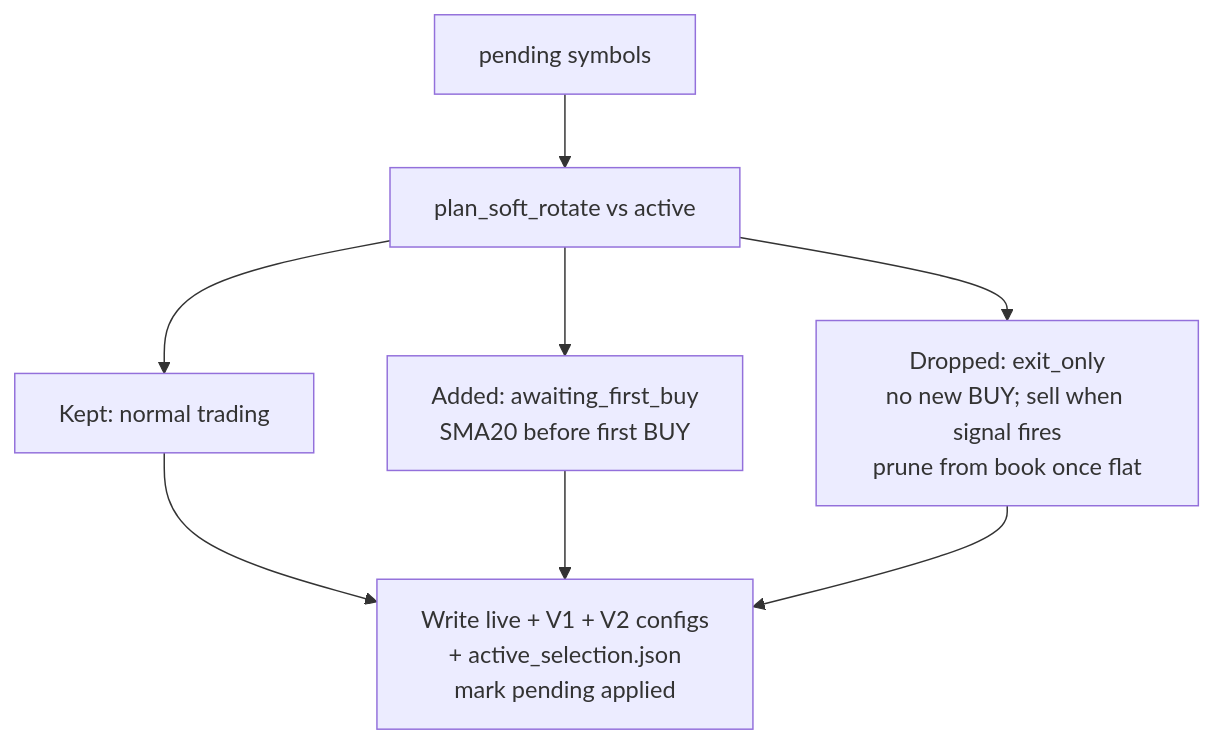
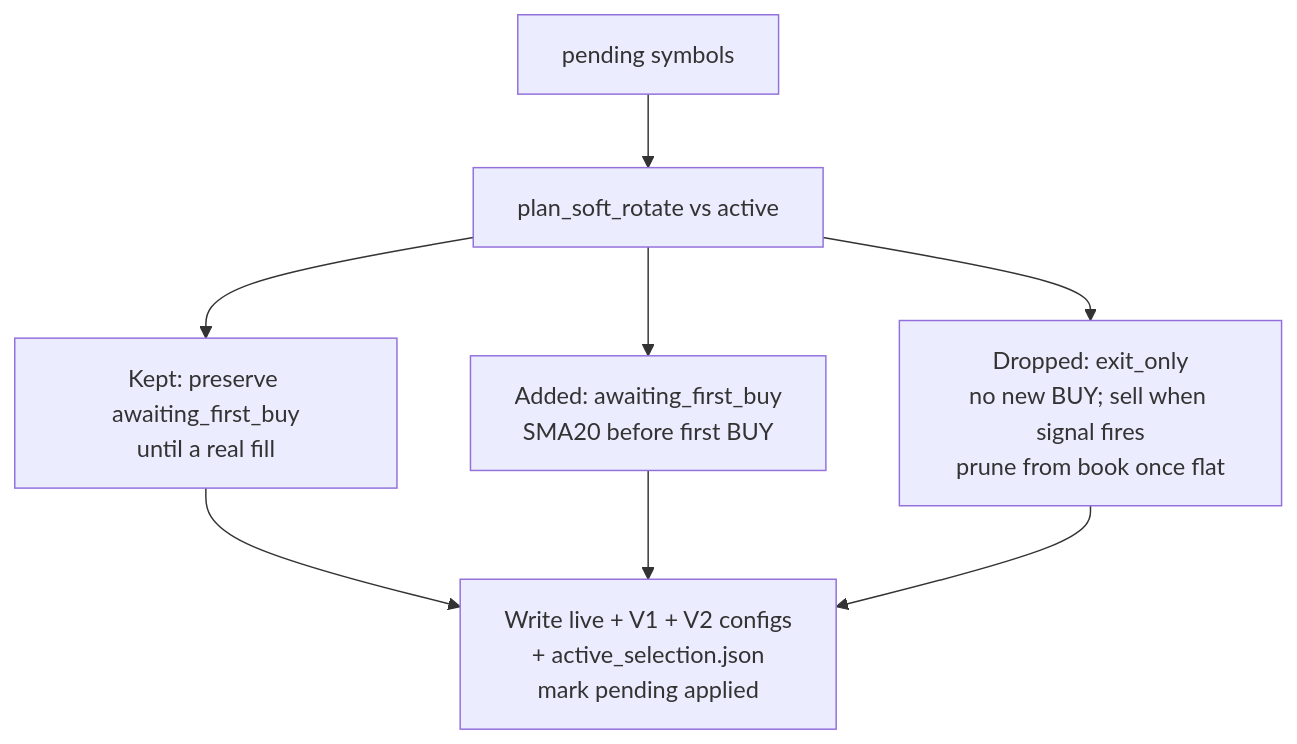
One commit to phungthien97/autonomous-trade-alerts changed the sixth of 9 diagrams in docs/bot_architecture.md. Above: the diagram before and after it, drawn with Mermaid. The commit also changed other lines of this file and 19 other files, not shown here.

````diff
--- a/docs/bot_architecture.md
+++ b/docs/bot_architecture.md
@@ -205,10 +205,10 @@
 ```mermaid
 flowchart TD
   P["pending symbols"] --> Diff["plan_soft_rotate vs active"]
-  Diff --> Keep["Kept: normal trading"]
+  Diff --> Keep["Kept: preserve awaiting_first_buy<br/>until a real fill"]
   Diff --> Add["Added: awaiting_first_buy<br/>SMA20 before first BUY"]
   Diff --> Drop["Dropped: exit_only<br/>no new BUY; sell when signal fires<br/>prune from book once flat"]
   Keep --> Write["Write live + V1 + V2 configs<br/>+ active_selection.json<br/>mark pending applied"]
   Add --> Write
   Drop --> Write
 ```
````
